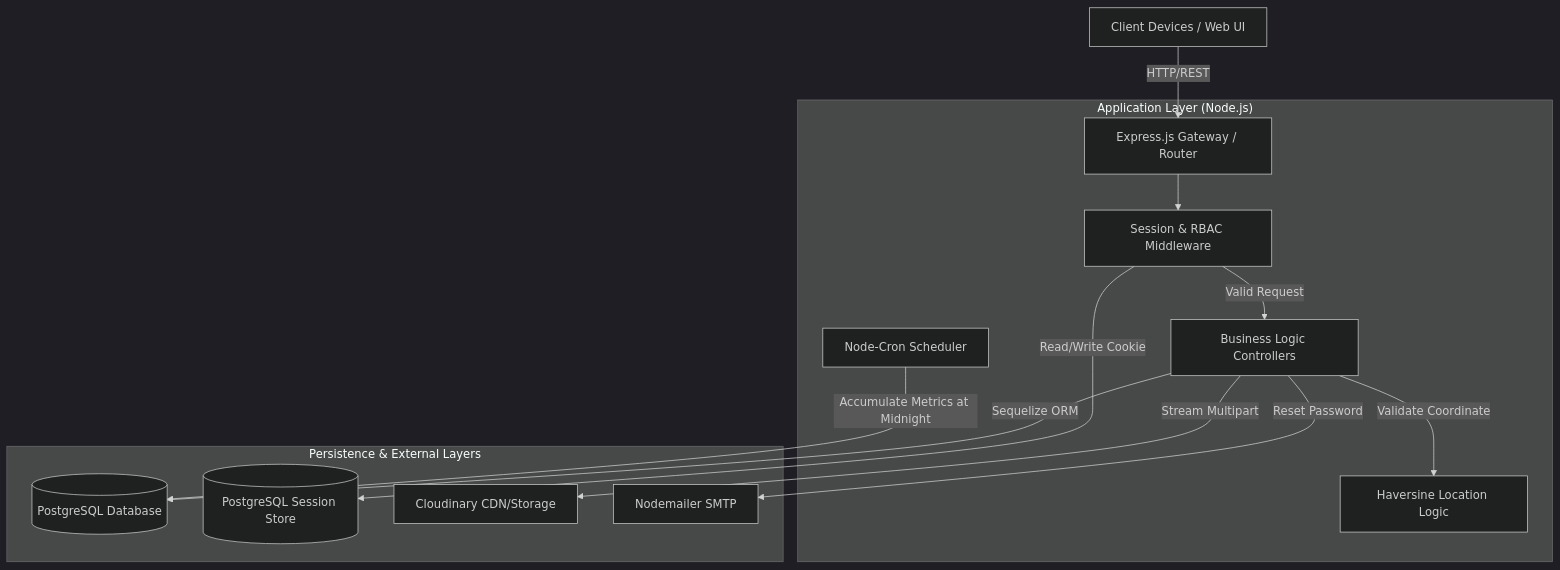
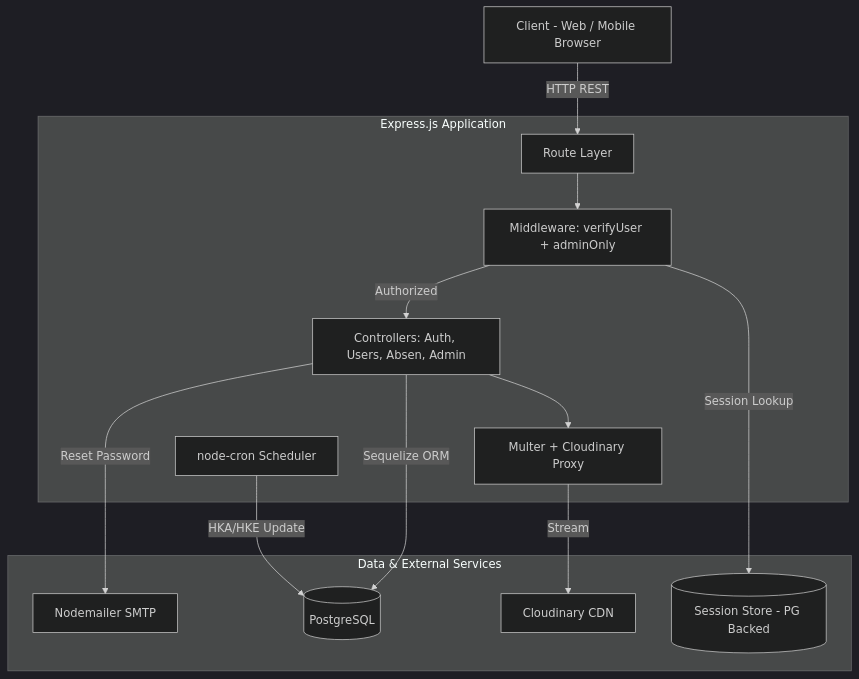
Before and after one commit to Max-Attendance-Application/Backend-JS: the diagram in README.md, drawn with Mermaid (dark theme). The commit also changed other lines of this file and 11 other files, not shown here.

````diff
--- a/README.md
+++ b/README.md
@@ -34,32 +52,29 @@
 ```mermaid
 graph TD
-    Client[Client Devices / Web UI]
+    Client["Client - Web / Mobile Browser"]
     
-    subgraph "Application Layer (Node.js)"
-        API[Express.js Gateway / Router]
-        AuthGuard[Session & RBAC Middleware]
-        Geofence[Haversine Location Logic]
-        Controllers[Business Logic Controllers]
-        CronJob[Node-Cron Scheduler]
+    subgraph "Express.js Application"
+        Router["Route Layer"]
+        MW["Middleware: verifyUser + adminOnly"]
+        Upload["Multer + Cloudinary Proxy"]
+        Controllers["Controllers: Auth, Users, Absen, Admin"]
+        Cron["node-cron Scheduler"]
     end
     
-    subgraph "Persistence & External Layers"
-        PG[(PostgreSQL Database)]
-        SessionStore[(PostgreSQL Session Store)]
-        Cloudinary[Cloudinary CDN/Storage]
-        SMTP[Nodemailer SMTP]
+    subgraph "Data & External Services"
+        PG[("PostgreSQL")]
+        Sessions[("Session Store - PG Backed")]
+        Cloud["Cloudinary CDN"]
+        Mail["Nodemailer SMTP"]
     end
 
-    %% Flow
-    Client -->|HTTP/REST| API
-    API --> AuthGuard
-    AuthGuard -->|Read/Write Cookie| SessionStore
-    AuthGuard -->|Valid Request| Controllers
-    
-    Controllers -->|Validate Coordinate| Geofence
-    Controllers -->|Stream Multipart| Cloudinary
+    Client -->|HTTP REST| Router
+    Router --> MW
+    MW -->|Session Lookup| Sessions
+    MW -->|Authorized| Controllers
+    Controllers --> Upload
+    Upload -->|Stream| Cloud
     Controllers -->|Sequelize ORM| PG
-    Controllers -->|Reset Password| SMTP
-    
-    CronJob -->|Accumulate Metrics at Midnight| PG
+    Controllers -->|Reset Password| Mail
+    Cron -->|HKA/HKE Update| PG
 ```
````
